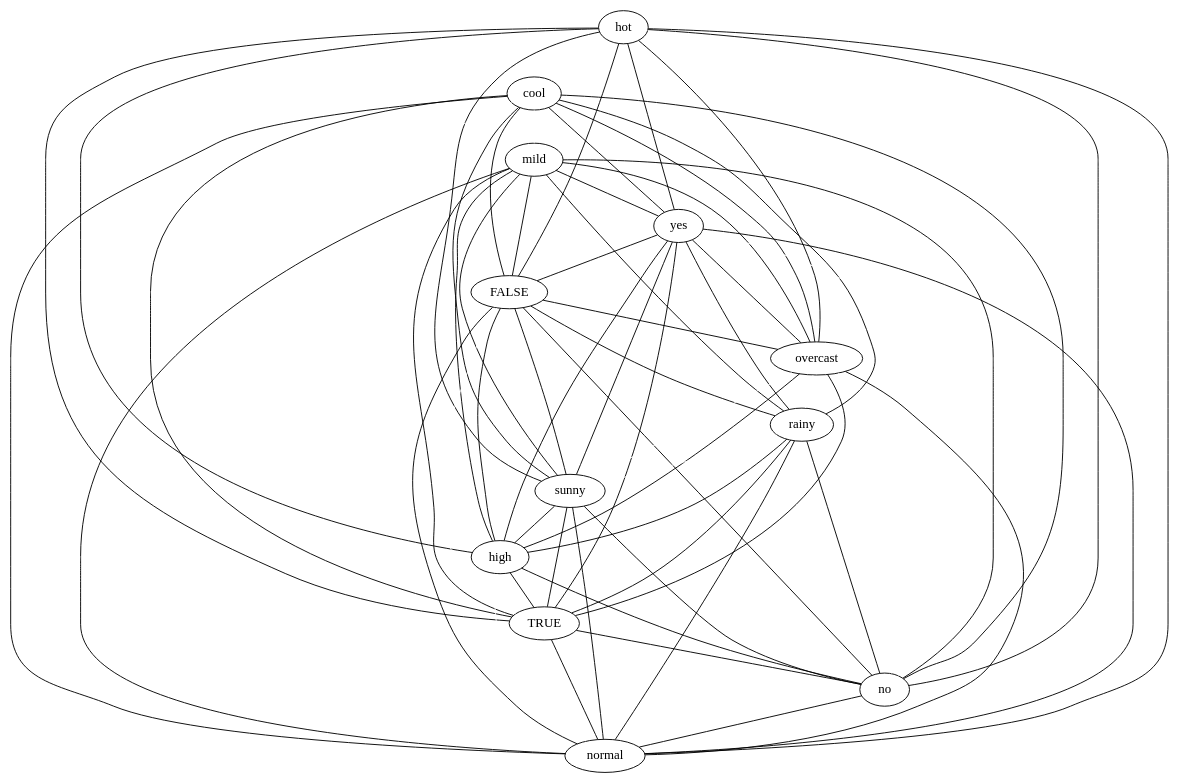
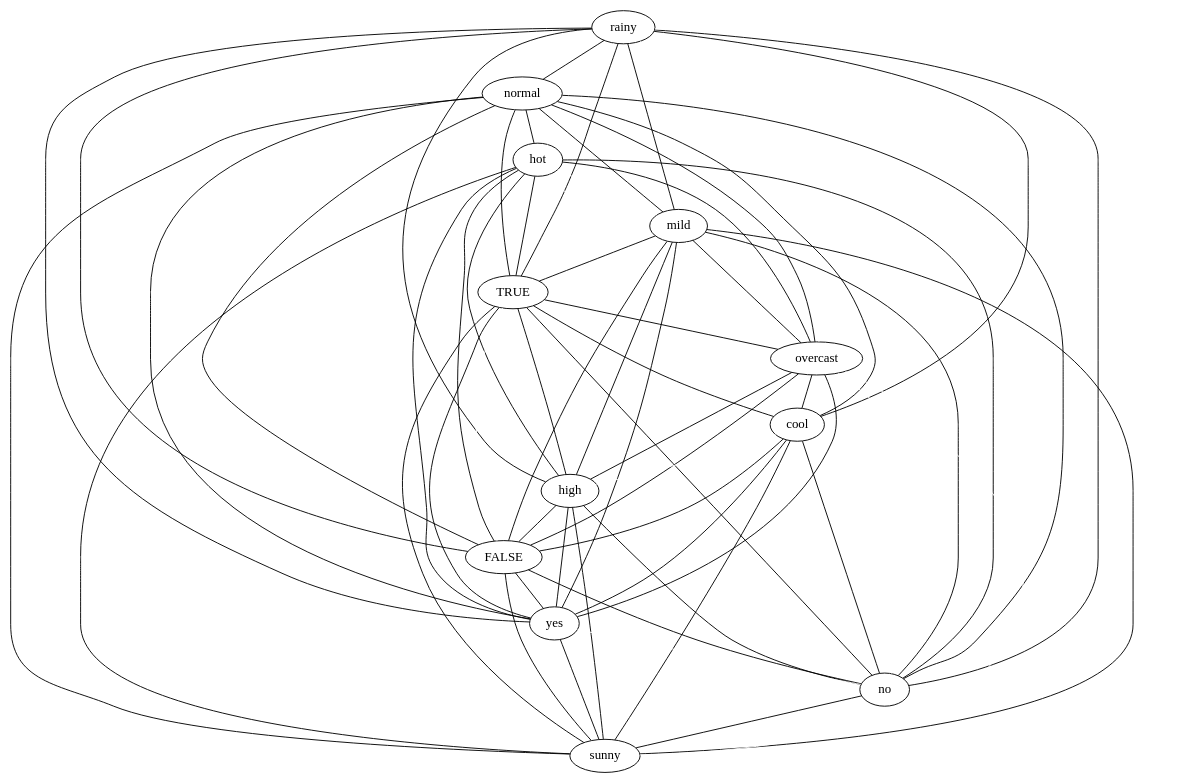
Before and after one commit to lrodrin/TFG: the diagram in src/final/plainGraph.dot, drawn with Graphviz. The commit also changed 3 other files, not shown here.

```diff
--- a/src/final/plainGraph.dot
+++ b/src/final/plainGraph.dot
@@ -1,80 +1,80 @@
 strict graph "" {
+rainy;
+normal;
 hot;
+mild;
+TRUE;
+overcast;
 cool;
-mild;
+high;
+FALSE;
 yes;
-FALSE;
-overcast;
-rainy;
+no;
 sunny;
-high;
-TRUE;
-no;
-normal;
+rainy -- normal  [color=black];
+rainy -- cool  [color=black];
+rainy -- hot  [color=white];
+rainy -- FALSE  [color=black];
+rainy -- high  [color=black];
+rainy -- no  [color=black];
+rainy -- yes  [color=black];
+rainy -- mild  [color=black];
+rainy -- TRUE  [color=black];
+rainy -- overcast  [color=white];
+rainy -- sunny  [color=white];
+normal -- cool  [color=black];
+normal -- hot  [color=black];
+normal -- FALSE  [color=black];
+normal -- high  [color=white];
+normal -- no  [color=black];
+normal -- yes  [color=black];
+normal -- mild  [color=black];
+normal -- TRUE  [color=black];
+normal -- overcast  [color=black];
+normal -- sunny  [color=black];
+hot -- cool  [color=white];
+hot -- high  [color=black];
+hot -- FALSE  [color=black];
+hot -- no  [color=black];
+hot -- yes  [color=black];
+hot -- mild  [color=white];
 hot -- TRUE  [color=black];
-hot -- no  [color=black];
-hot -- normal  [color=black];
-hot -- mild  [color=white];
-hot -- yes  [color=black];
+hot -- overcast  [color=black];
 hot -- sunny  [color=black];
-hot -- FALSE  [color=black];
-hot -- cool  [color=white];
-hot -- overcast  [color=black];
-hot -- high  [color=black];
-hot -- rainy  [color=white];
+mild -- cool  [color=white];
+mild -- FALSE  [color=black];
+mild -- high  [color=black];
+mild -- no  [color=black];
+mild -- yes  [color=black];
+mild -- TRUE  [color=black];
+mild -- overcast  [color=black];
+mild -- sunny  [color=black];
+TRUE -- cool  [color=black];
+TRUE -- FALSE  [color=white];
+TRUE -- high  [color=black];
+TRUE -- no  [color=black];
+TRUE -- yes  [color=black];
+TRUE -- overcast  [color=black];
+TRUE -- sunny  [color=black];
+overcast -- cool  [color=black];
+overcast -- FALSE  [color=black];
+overcast -- high  [color=black];
+overcast -- yes  [color=black];
+overcast -- no  [color=white];
+overcast -- sunny  [color=white];
+cool -- high  [color=white];
+cool -- FALSE  [color=black];
 cool -- no  [color=black];
-cool -- TRUE  [color=black];
+cool -- yes  [color=black];
 cool -- sunny  [color=black];
-cool -- yes  [color=black];
-cool -- normal  [color=black];
-cool -- FALSE  [color=black];
-cool -- mild  [color=white];
-cool -- overcast  [color=black];
-cool -- high  [color=white];
-cool -- rainy  [color=black];
-mild -- no  [color=black];
-mild -- TRUE  [color=black];
-mild -- sunny  [color=black];
-mild -- yes  [color=black];
-mild -- normal  [color=black];
-mild -- FALSE  [color=black];
-mild -- overcast  [color=black];
-mild -- high  [color=black];
-mild -- rainy  [color=black];
+high -- FALSE  [color=black];
+high -- no  [color=black];
+high -- yes  [color=black];
+high -- sunny  [color=black];
+FALSE -- no  [color=black];
+FALSE -- yes  [color=black];
+FALSE -- sunny  [color=black];
 yes -- no  [color=white];
-yes -- TRUE  [color=black];
-yes -- normal  [color=black];
 yes -- sunny  [color=black];
-yes -- FALSE  [color=black];
-yes -- overcast  [color=black];
-yes -- high  [color=black];
-yes -- rainy  [color=black];
-FALSE -- no  [color=black];
-FALSE -- TRUE  [color=white];
-FALSE -- normal  [color=black];
-FALSE -- sunny  [color=black];
-FALSE -- overcast  [color=black];
-FALSE -- high  [color=black];
-FALSE -- rainy  [color=black];
-overcast -- no  [color=white];
-overcast -- TRUE  [color=black];
-overcast -- sunny  [color=white];
-overcast -- normal  [color=black];
-overcast -- high  [color=black];
-overcast -- rainy  [color=white];
-rainy -- no  [color=black];
-rainy -- TRUE  [color=black];
-rainy -- sunny  [color=white];
-rainy -- high  [color=black];
-rainy -- normal  [color=black];
-sunny -- no  [color=black];
-sunny -- TRUE  [color=black];
-sunny -- normal  [color=black];
-sunny -- high  [color=black];
-high -- no  [color=black];
-high -- TRUE  [color=black];
-high -- normal  [color=white];
-TRUE -- no  [color=black];
-TRUE -- normal  [color=black];
-no -- normal  [color=black];
+no -- sunny  [color=black];
 }
```
